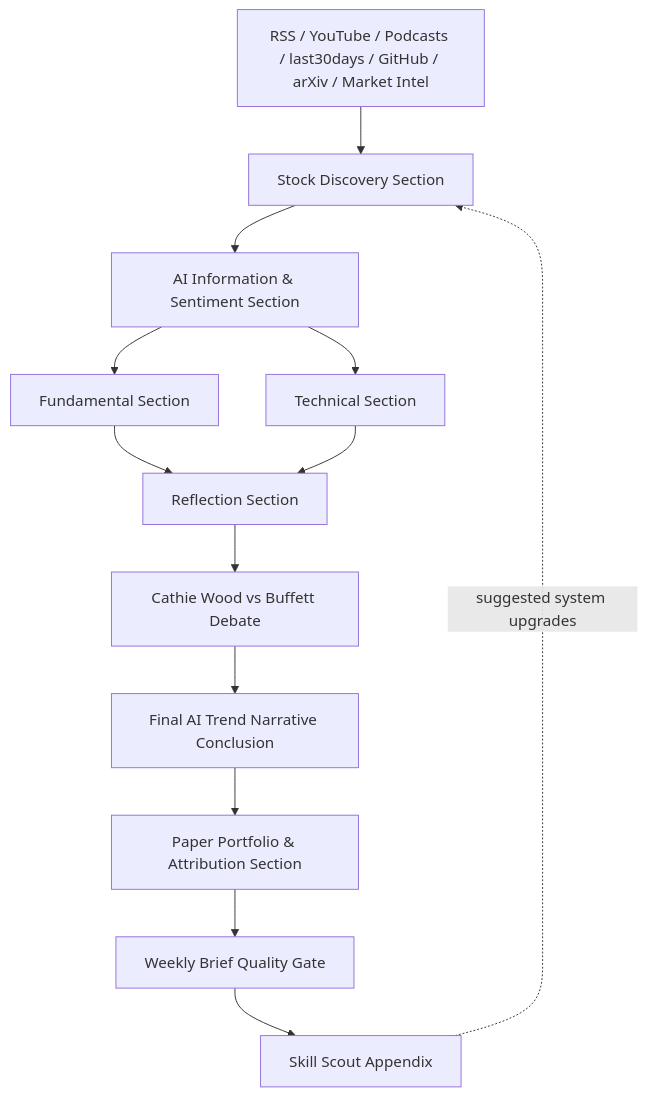
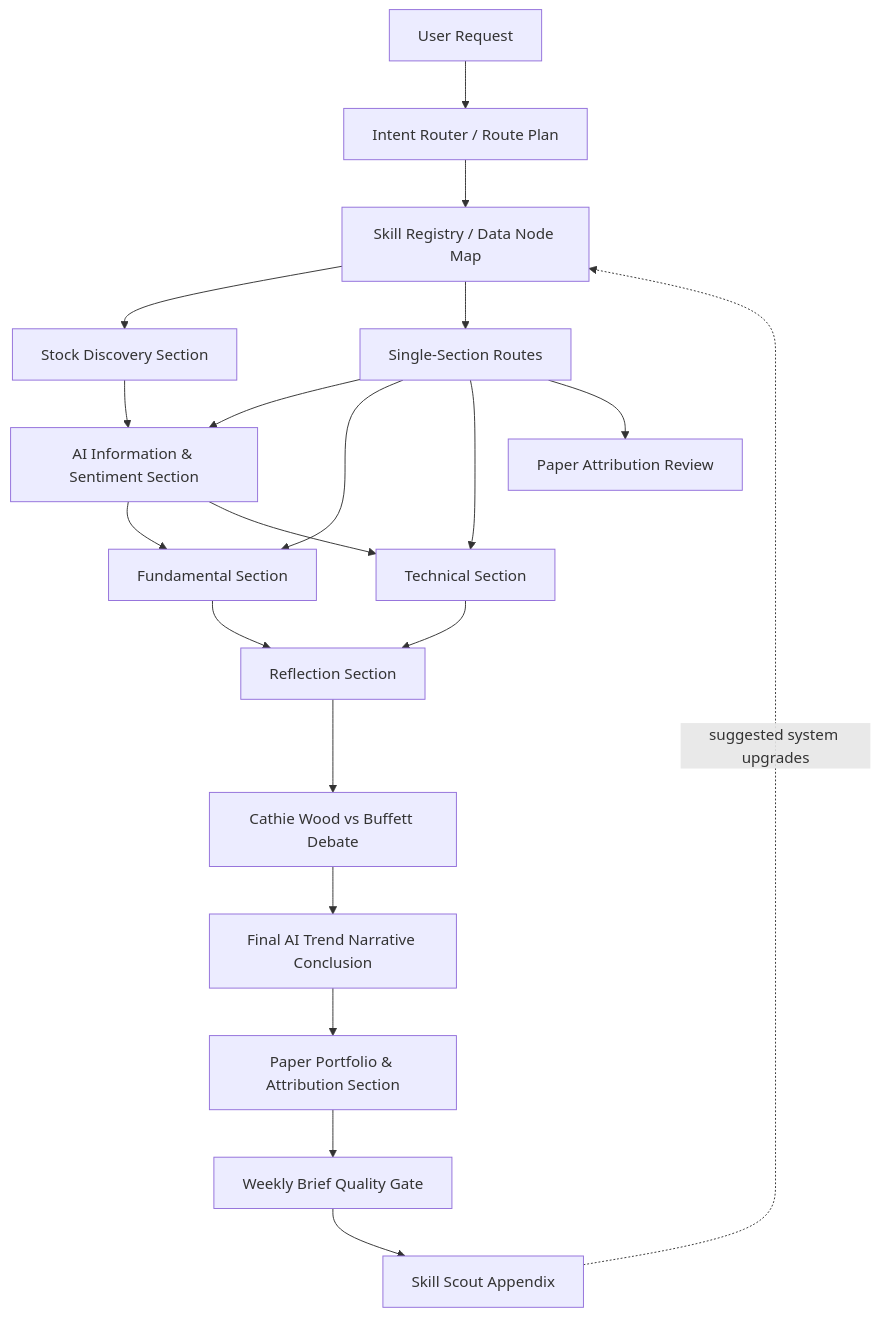
The diagram in README.md (berylinureye/ai-us-stock-research-agency), drawn with Mermaid before and after one commit. The commit also changed other lines of this file and 9 other files, not shown here.

Commit message:
docs: add intent router and skill registry

````diff
--- a/README.md
+++ b/README.md
@@ -9,15 +9,22 @@
 ```mermaid
 flowchart TD
-    A["RSS / YouTube / Podcasts / last30days / GitHub / arXiv / Market Intel"] --> B["Stock Discovery Section"]
+    A["User Request"] --> R["Intent Router / Route Plan"]
+    R --> S["Skill Registry / Data Node Map"]
+    S --> B["Stock Discovery Section"]
+    S --> C0["Single-Section Routes"]
+    C0 --> C["AI Information & Sentiment Section"]
+    C0 --> D["Fundamental Section"]
+    C0 --> E["Technical Section"]
+    C0 --> P["Paper Attribution Review"]
     B --> C["AI Information & Sentiment Section"]
     C --> D["Fundamental Section"]
     C --> E["Technical Section"]
     D --> F["Reflection Section"]
     E --> F
     F --> G["Cathie Wood vs Buffett Debate"]
     G --> H["Final AI Trend Narrative Conclusion"]
     H --> I["Paper Portfolio & Attribution Section"]
     I --> J["Weekly Brief Quality Gate"]
     J --> K["Skill Scout Appendix"]
-    K -. "suggested system upgrades" .-> B
+    K -. "suggested system upgrades" .-> S
 ```
````
